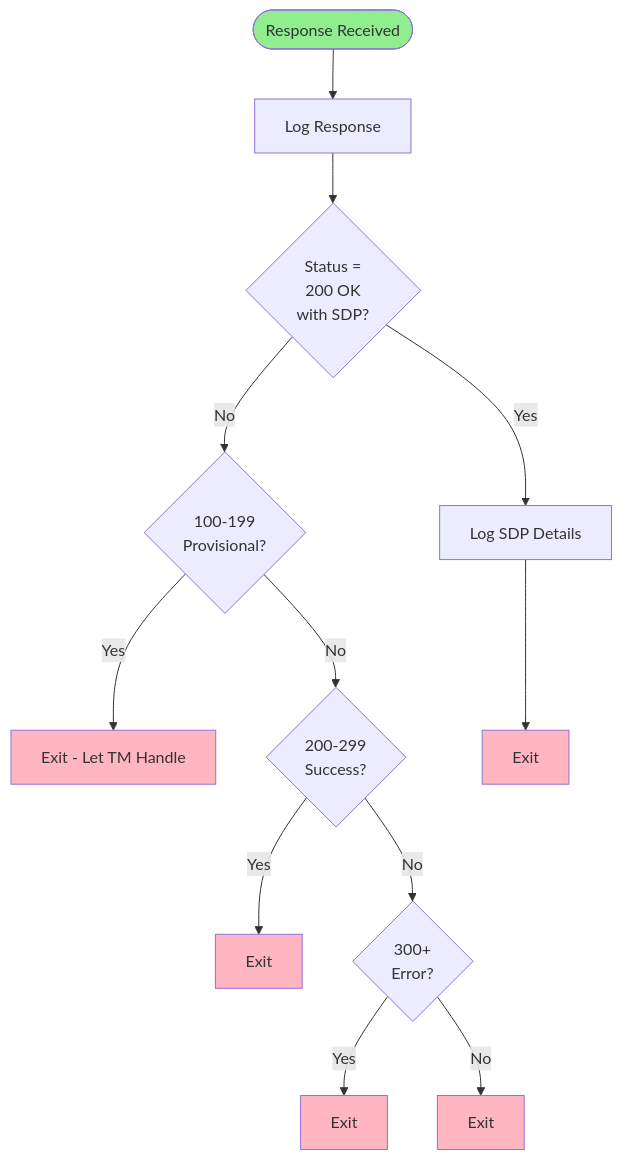
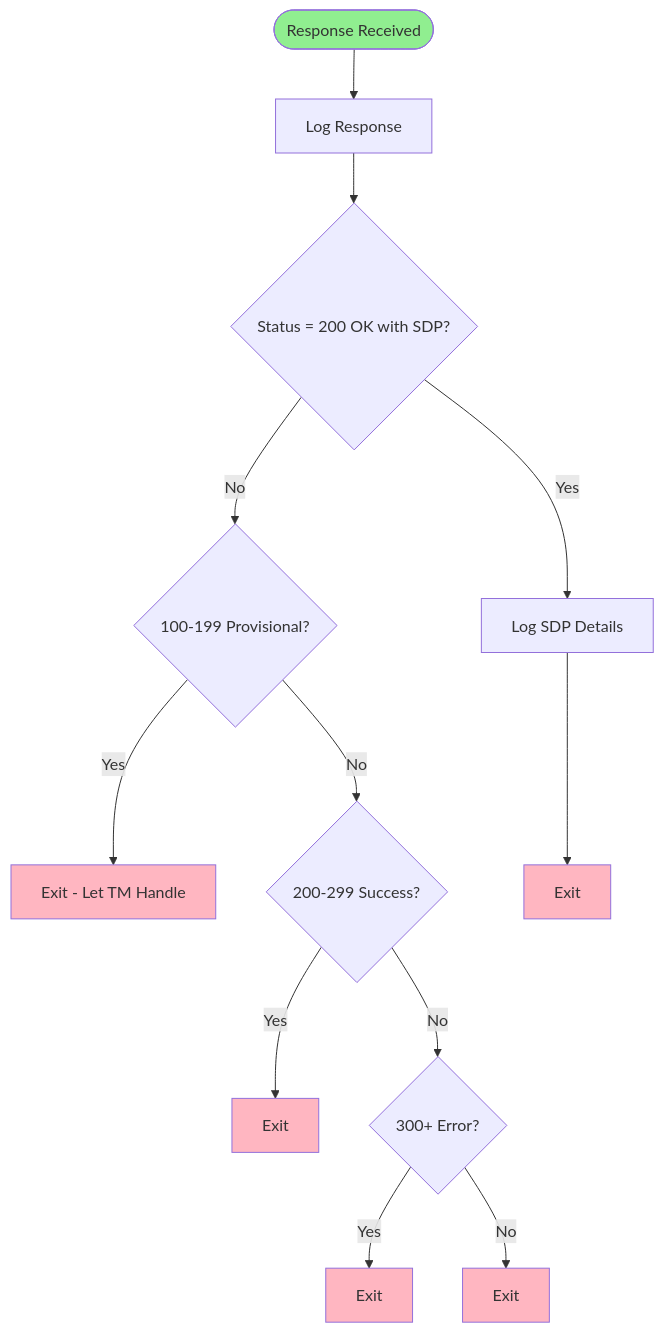
Before and after one commit to aelintra/pbx3sbc: the ninth of 13 diagrams in docs/OPENSIPS-LOGIC-DIAGRAM.md, drawn with Mermaid. The commit also changed other lines of this file, not shown here.

First line of the commit message:
Fix Mermaid diagram syntax: Remove unsupported HTML tags

````diff
--- a/docs/OPENSIPS-LOGIC-DIAGRAM.md
+++ b/docs/OPENSIPS-LOGIC-DIAGRAM.md
@@ -258,21 +258,21 @@
 ```mermaid
 flowchart TD
     Start([Response Received]) --> LogResponse[Log Response]
-    LogResponse --> Check200{Status =<br/>200 OK<br/>with SDP?}
+    LogResponse --> Check200{Status = 200 OK with SDP?}
     Check200 -->|Yes| LogSDP[Log SDP Details]
-    Check200 -->|No| CheckProvisional{100-199<br/>Provisional?}
+    Check200 -->|No| CheckProvisional{100-199 Provisional?}
     CheckProvisional -->|Yes| Exit1[Exit - Let TM Handle]
-    CheckProvisional -->|No| CheckSuccess{200-299<br/>Success?}
+    CheckProvisional -->|No| CheckSuccess{200-299 Success?}
     CheckSuccess -->|Yes| Exit2[Exit]
-    CheckSuccess -->|No| CheckError{300+<br/>Error?}
+    CheckSuccess -->|No| CheckError{300+ Error?}
     CheckError -->|Yes| Exit3[Exit]
     CheckError -->|No| Exit4[Exit]
     LogSDP --> Exit5[Exit]
     
     style Start fill:#90EE90
     style Exit1 fill:#FFB6C1
     style Exit2 fill:#FFB6C1
     style Exit3 fill:#FFB6C1
     style Exit4 fill:#FFB6C1
     style Exit5 fill:#FFB6C1
 ```
````
